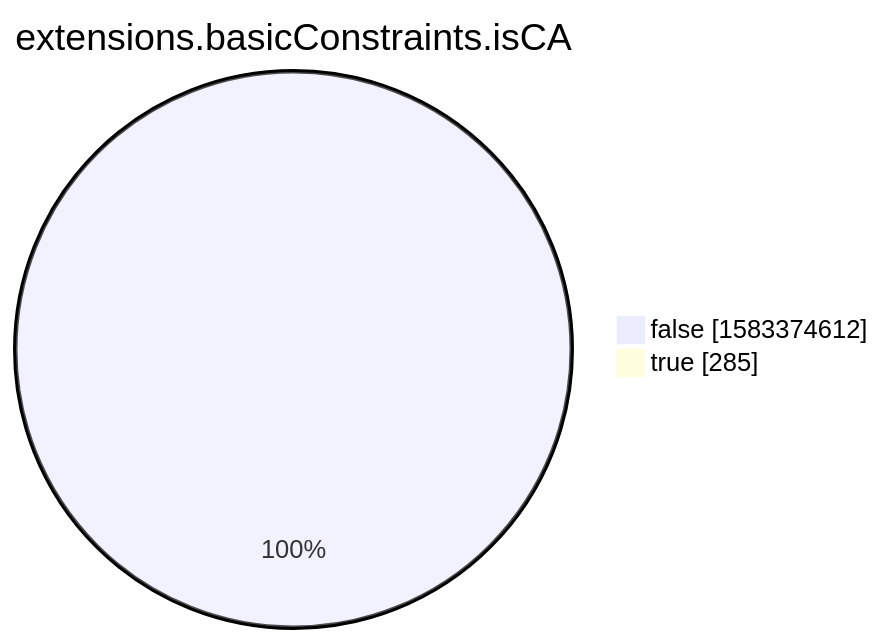
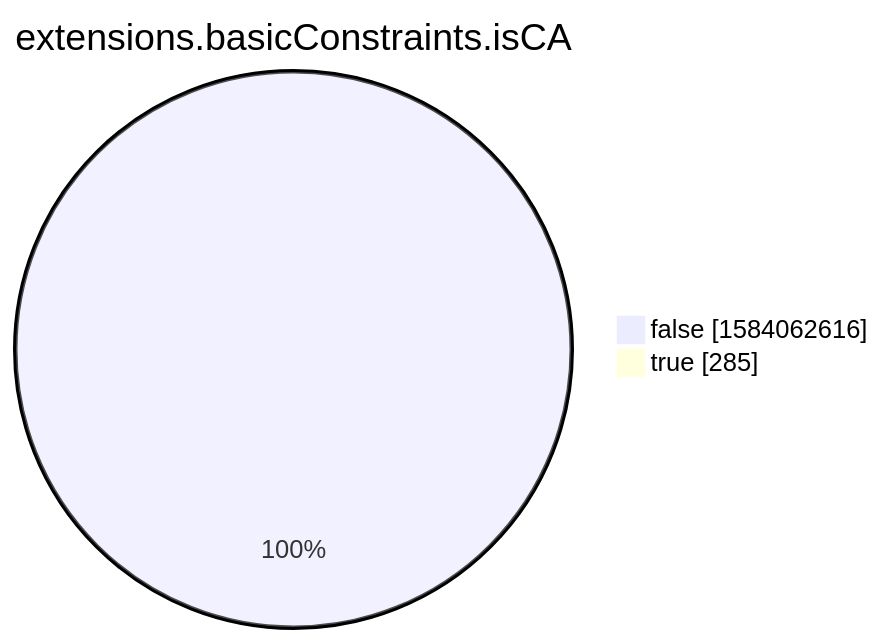
One commit to christiankrug/ctmonitor_visualization changed the eighth of 15 diagrams in xenon2022/README.md. Above: the diagram before and after it, drawn with Mermaid. The commit also changed other lines of this file, not shown here.

````diff
--- a/xenon2022/README.md
+++ b/xenon2022/README.md
@@ -2862,6 +2862,6 @@
 ```mermaid
 pie showData
 title extensions.basicConstraints.isCA
-"false" :1583374612
+"false" :1584062616
 "true" :285
 ```
````
